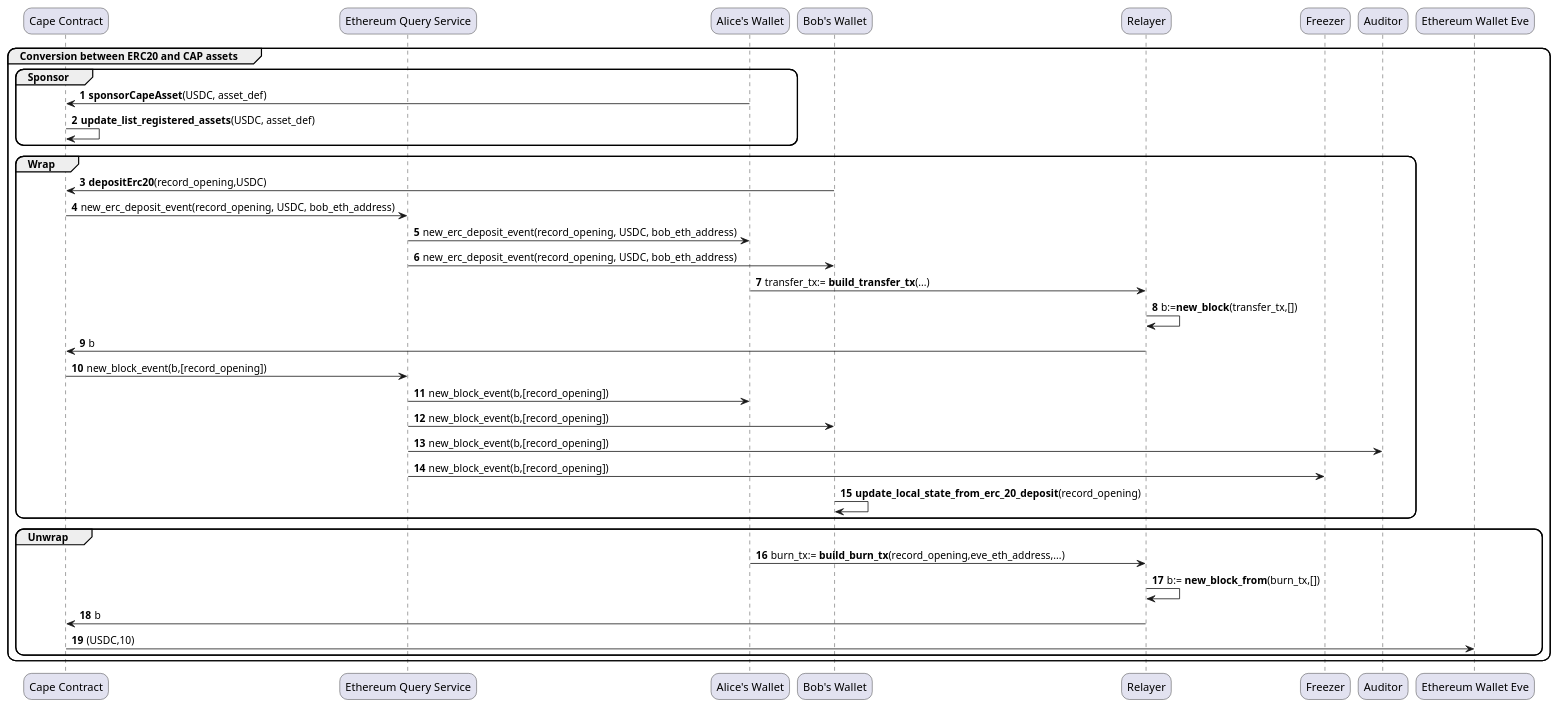
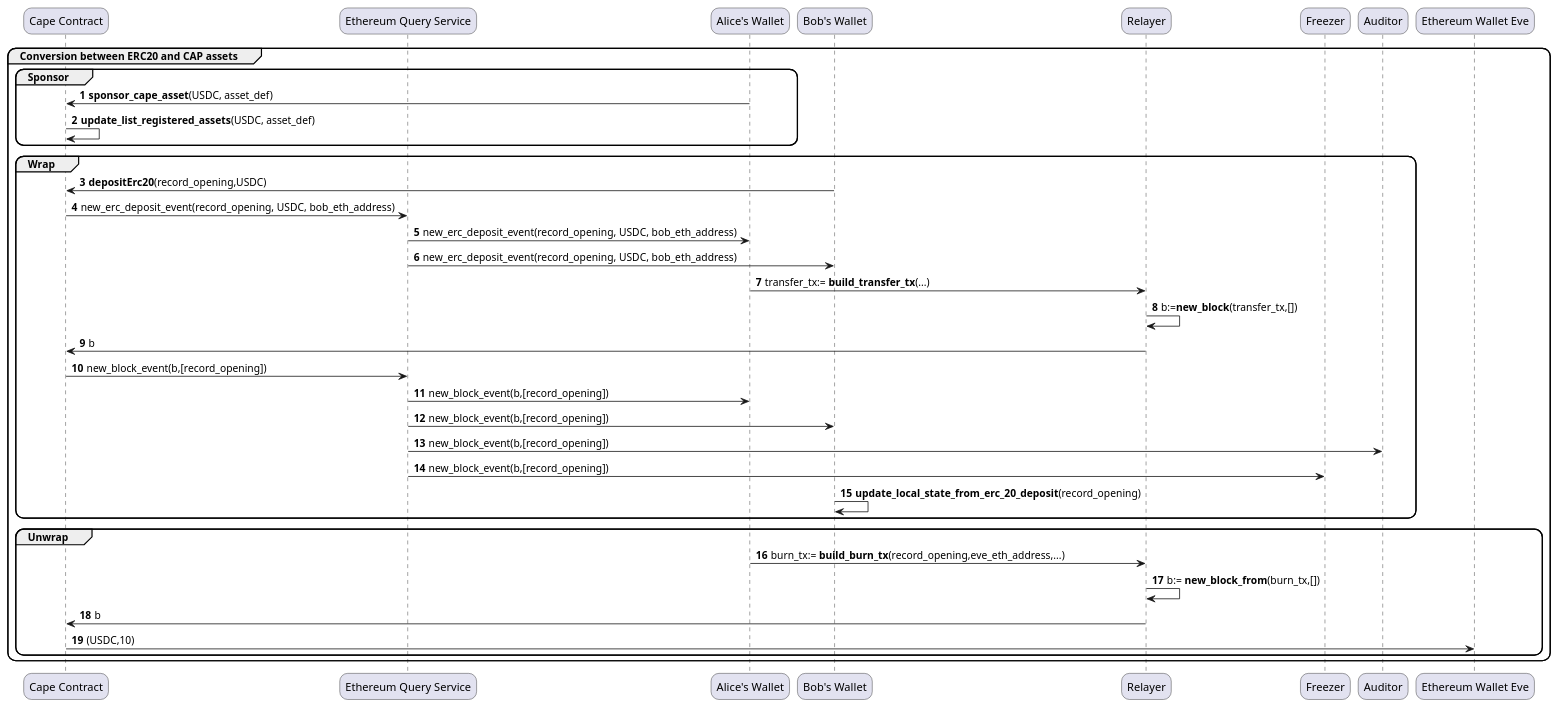
The diagram in doc/internal/global_seq_diag/erc20.puml (EspressoSystems/cape), drawn with PlantUML before and after one commit.

Commit message:
sponsorCapeAsset->sponsor_cape_asset

```diff
--- a/doc/internal/global_seq_diag/erc20.puml
+++ b/doc/internal/global_seq_diag/erc20.puml
@@ -1,48 +1,48 @@
 @startuml
 autonumber
 
 skinparam roundcorner 20
 
 participant "Cape Contract" as C
 participant "Ethereum Query Service" as EQS
 participant "Alice's Wallet" as W_A
 participant "Bob's Wallet" as W_B
 participant "Relayer" as R
 participant "Freezer" as F
 participant "Auditor" as A
 participant "Ethereum Wallet Eve" as ETH_WX
 
 group Conversion between ERC20 and CAP assets
 
     group Sponsor
-        W_A -> C: **sponsorCapeAsset**(USDC, asset_def)
+        W_A -> C: **sponsor_cape_asset**(USDC, asset_def)
         C -> C: **update_list_registered_assets**(USDC, asset_def)
     end group
 
     group Wrap
         W_B -> C: **depositErc20**(record_opening,USDC)
         C -> EQS: new_erc_deposit_event(record_opening, USDC, bob_eth_address)
         EQS -> W_A: new_erc_deposit_event(record_opening, USDC, bob_eth_address)
         EQS -> W_B: new_erc_deposit_event(record_opening, USDC, bob_eth_address)
         W_A -> R: transfer_tx:= **build_transfer_tx**(...)
         R -> R: b:=**new_block**(transfer_tx,[])
         R -> C: b
         C -> EQS: new_block_event(b,[record_opening])
         EQS -> W_A: new_block_event(b,[record_opening])
         EQS -> W_B: new_block_event(b,[record_opening])
         EQS -> A: new_block_event(b,[record_opening])
         EQS -> F: new_block_event(b,[record_opening])
         W_B -> W_B: **update_local_state_from_erc_20_deposit**(record_opening)
 
     end group
 
     group Unwrap
         W_A -> R: burn_tx:= **build_burn_tx**(record_opening,eve_eth_address,...)
         R -> R: b:= **new_block_from**(burn_tx,[])
         R -> C: b
         C -> ETH_WX: (USDC,10)
     end group
 
 end group
 
 @enduml
```
